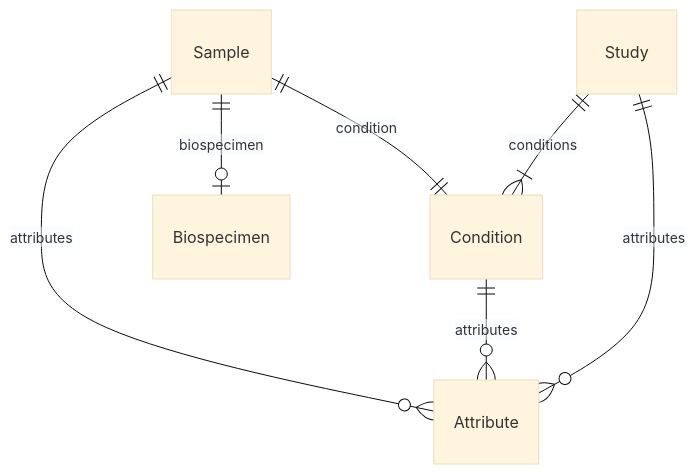
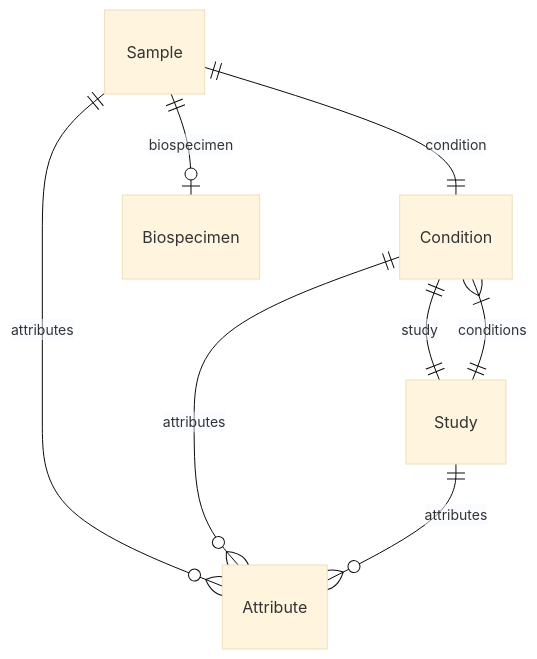
The fourth of 7 diagrams in docs/entity_relations.md (ghga-de/ghga-metadata-schema), drawn with Mermaid (base theme) before and after one commit. The commit also changed other lines of this file and 6 other files, not shown here.

Commit message:
Add slot Condition.study

````diff
--- a/docs/entity_relations.md
+++ b/docs/entity_relations.md
@@ -218,20 +219,21 @@
 ```mermaid
 erDiagram
 Sample {
 
 }
 Condition {
 
 }
 Study {
 
 }
 
 Sample ||--|o Biospecimen : "biospecimen"
 Sample ||--|| Condition : "condition"
 Sample ||--}o Attribute : "attributes"
+Condition ||--|| Study : "study"
 Condition ||--}o Attribute : "attributes"
 Study ||--}| Condition : "conditions"
 Study ||--}o Attribute : "attributes"
 
 ```
````
